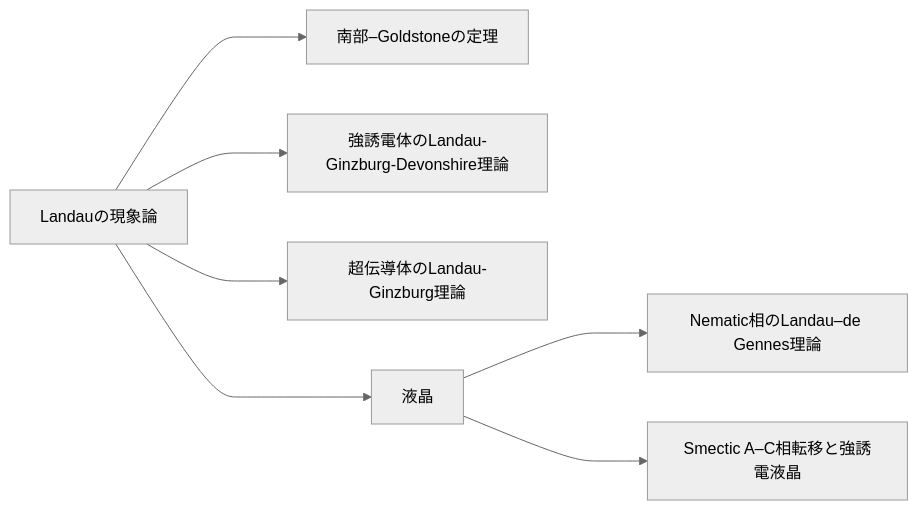
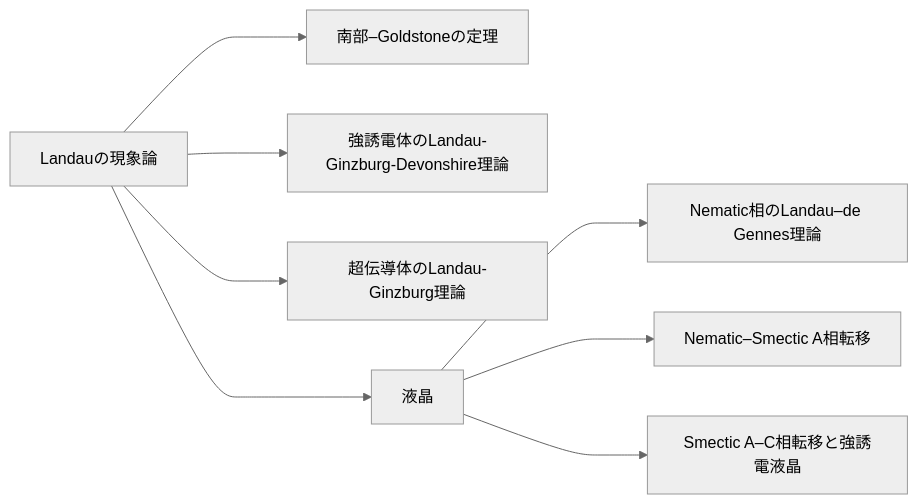
One commit to shunsuketakano/shunsuketakano_cv.github.io changed the diagram in _learn/softmatter_transition.md. Above: the diagram before and after it, drawn with Mermaid (neutral theme). The commit also changed other lines of this file, not shown here.

````diff
--- a/_learn/softmatter_transition.md
+++ b/_learn/softmatter_transition.md
@@ -12,10 +12,11 @@
 ```mermaid
 graph LR
     A[Landauの現象論] ---> B[南部–Goldstoneの定理]
     A ---> C[強誘電体のLandau-Ginzburg-Devonshire理論]
     A ---> D[超伝導体のLandau-Ginzburg理論]
     A ---> E[液晶]
 
     E ---> E1[Nematic相のLandau–de Gennes理論]
-    E ---> E2[Smectic A–C相転移と強誘電液晶]
+    E ---> E2[Nematic–Smectic A相転移]
+    E ---> E3[Smectic A–C相転移と強誘電液晶]
 ```
````
